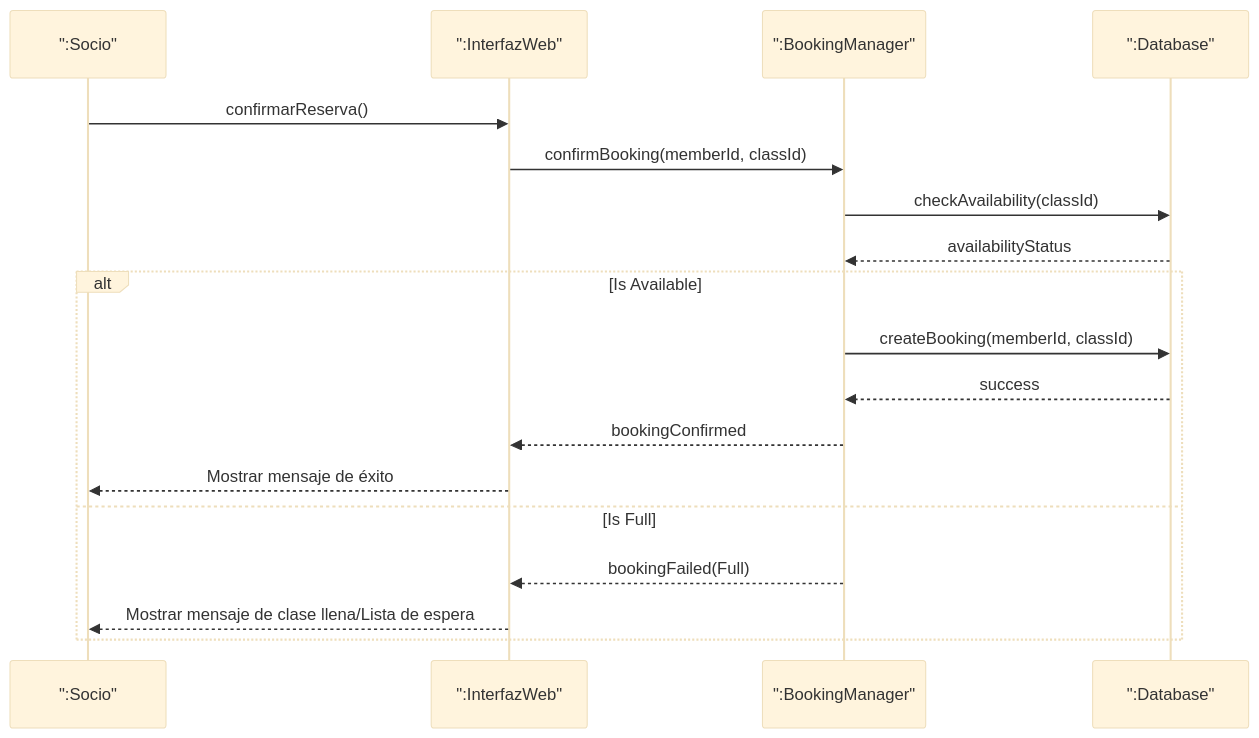
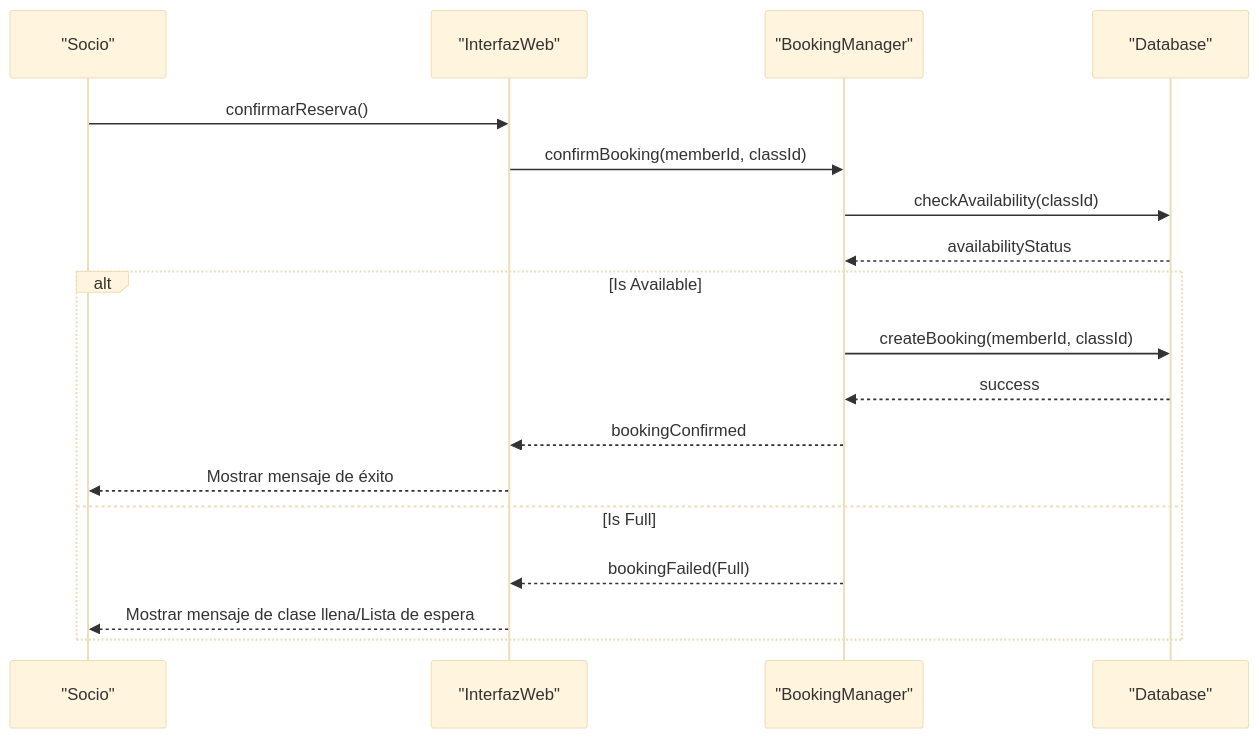
Before and after one commit to bbaakkuu-svg/Entorno-7.5: the second of 5 diagrams in README.md, drawn with Mermaid (base theme).

Commit message:
Ùltimo commit

````diff
--- a/README.md
+++ b/README.md
@@ -47,22 +47,22 @@
 ```mermaid
 sequenceDiagram
-    participant S as ":Socio"
-    participant IW as ":InterfazWeb"
-    participant GM as ":BookingManager"
-    participant DB as ":Database"
+    participant S as "Socio"
+    participant IW as "InterfazWeb"
+    participant GM as "BookingManager"
+    participant DB as "Database"
 
     S->>IW: confirmarReserva()
     IW->>GM: confirmBooking(memberId, classId)
     GM->>DB: checkAvailability(classId)
     DB-->>GM: availabilityStatus
 
     alt Is Available
         GM->>DB: createBooking(memberId, classId)
         DB-->>GM: success
         GM-->>IW: bookingConfirmed
         IW-->>S: Mostrar mensaje de éxito
     else Is Full
         GM-->>IW: bookingFailed(Full)
         IW-->>S: Mostrar mensaje de clase llena/Lista de espera
     end
 ```
````
